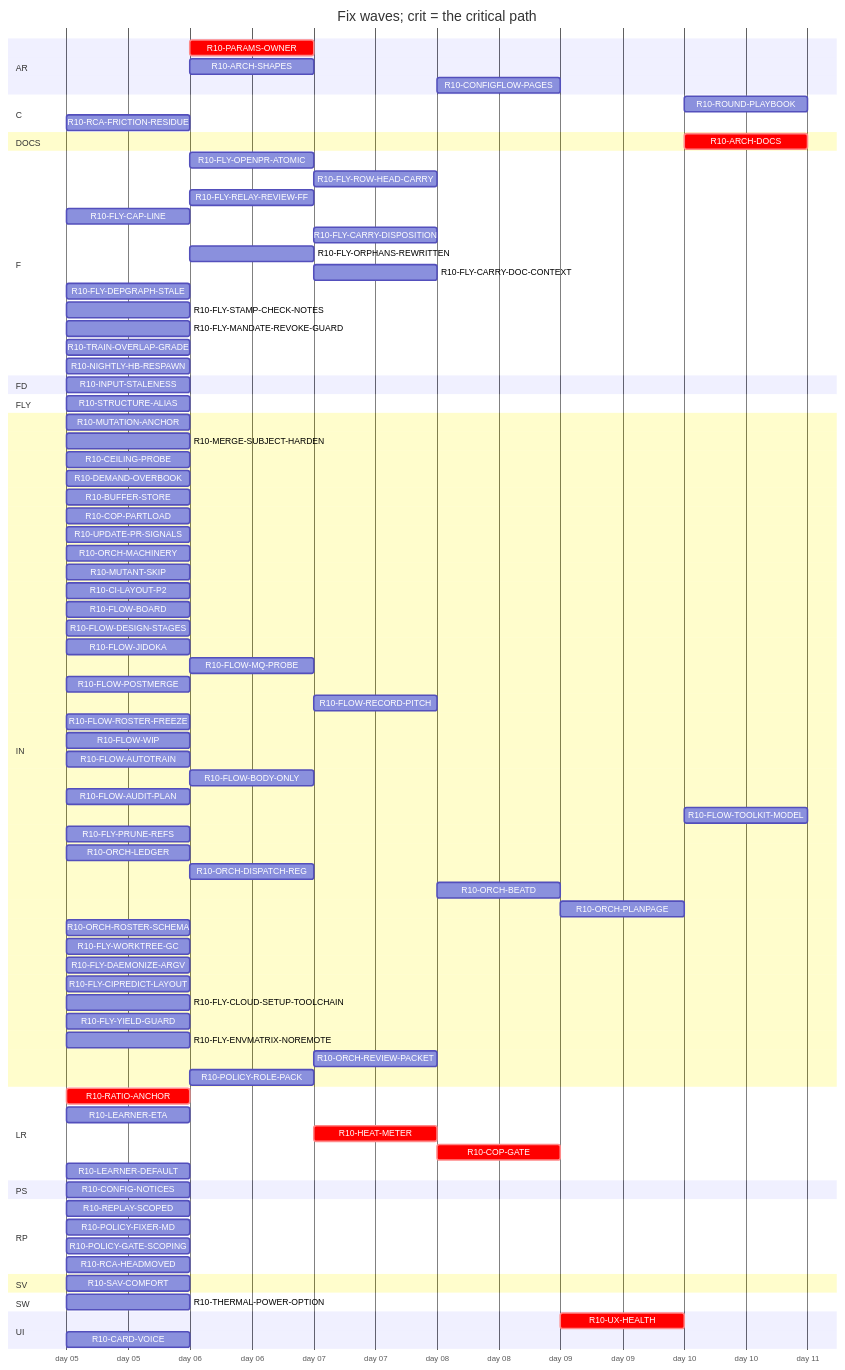
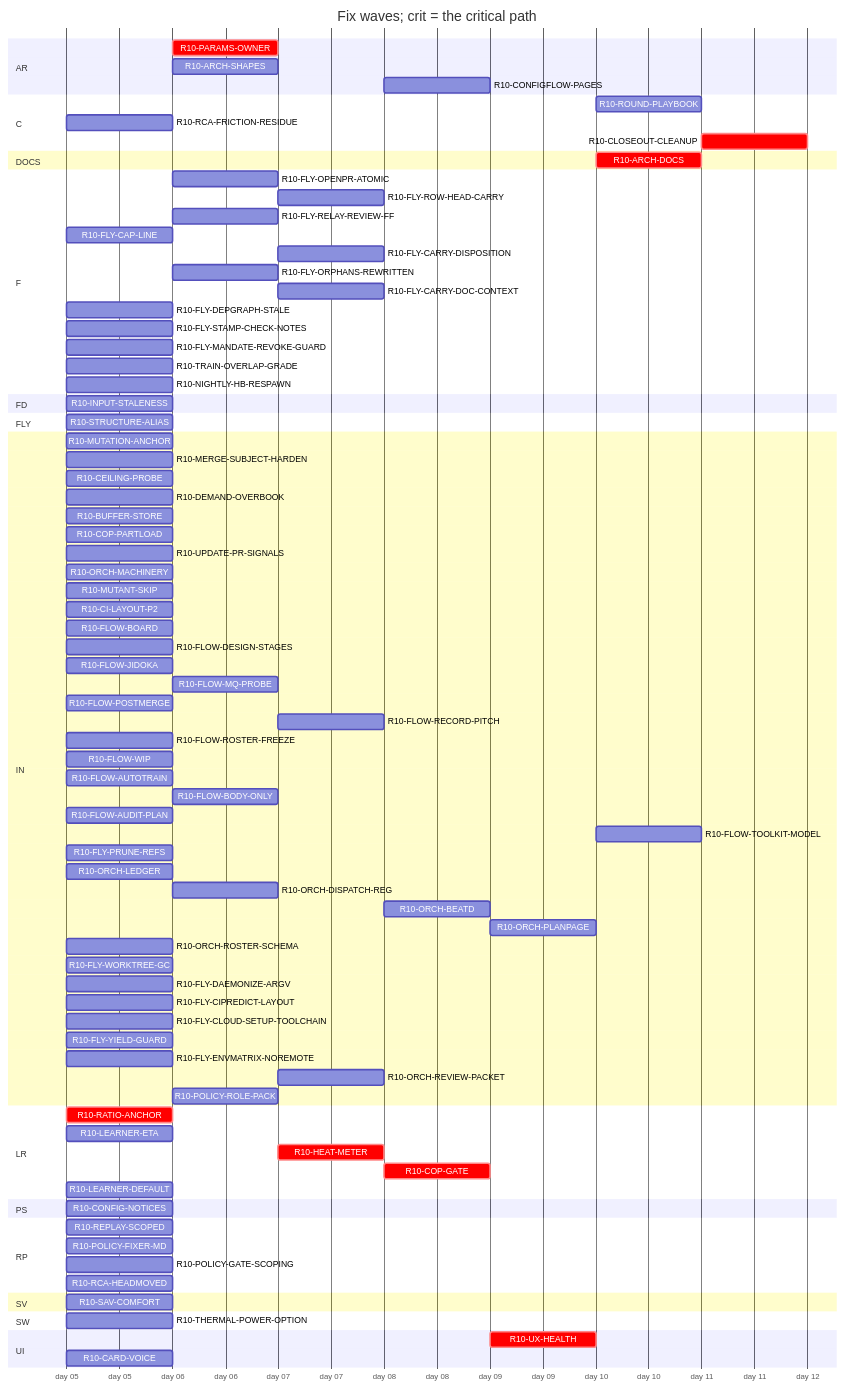
One commit to tvofi/heatpump_optimizer changed the diagram in handoff/round10/state/PLAN-TABLE.md. Above: the diagram before and after it, drawn with Mermaid. The commit also changed other lines of this file and 2 other files, not shown here.

```diff
--- a/handoff/round10/state/PLAN-TABLE.md
+++ b/handoff/round10/state/PLAN-TABLE.md
@@ -35,6 +35,7 @@
   section C
     R10-ROUND-PLAYBOOK :r10ROUNDPLAYBOOK, after r10FLOWAUDITPLAN r10ORCHLEDGER r10ORCHDISPATCHREG r10ORCHBEATD r10ORCHPLANPAGE r10FLOWAUTOTRAIN r10CILAYOUTP2 r10FLYRELAYREVIEWFF r10FLOWROSTERFREEZE r10FLOWBODYONLY, 1d
     R10-RCA-FRICTION-RESIDUE :r10RCAFRICTIONRESIDUE, 2026-01-05, 1d
+    R10-CLOSEOUT-CLEANUP :crit, r10CLOSEOUTCLEANUP, after r10FLYPRUNEREFS r10FLYWORKTREEGC r10ARCHDOCS r10ROUNDPLAYBOOK, 1d
   section DOCS
     R10-ARCH-DOCS :crit, r10ARCHDOCS, after r10RATIOANCHOR r10INPUTSTALENESS r10CONFIGNOTICES r10PARAMSOWNER r10ARCHSHAPES r10LEARNERETA r10HEATMETER r10COPGATE r10UXHEALTH r10CONFIGFLOWPAGES r10REPLAYSCOPED, 1d
   section F
```
